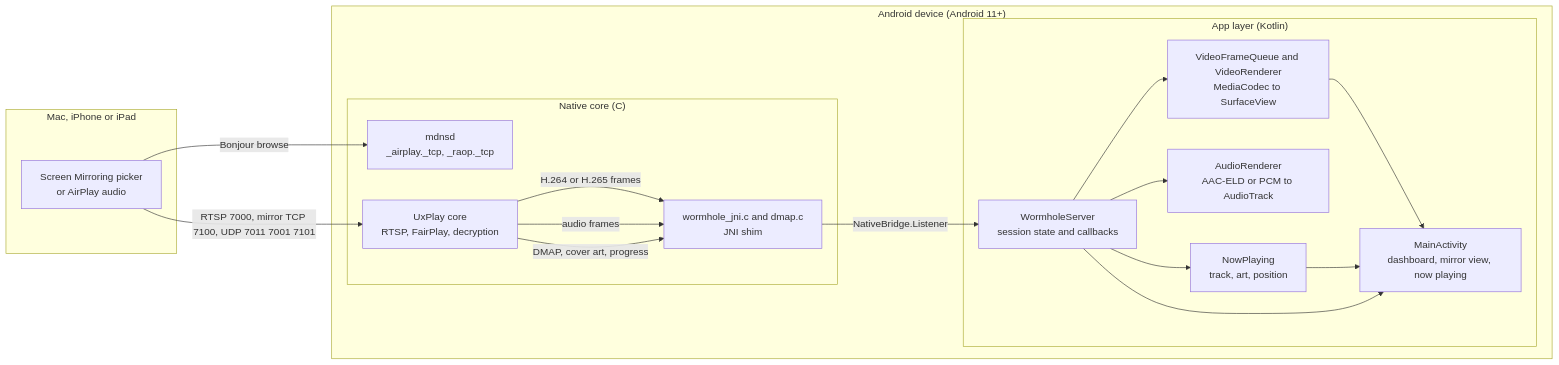
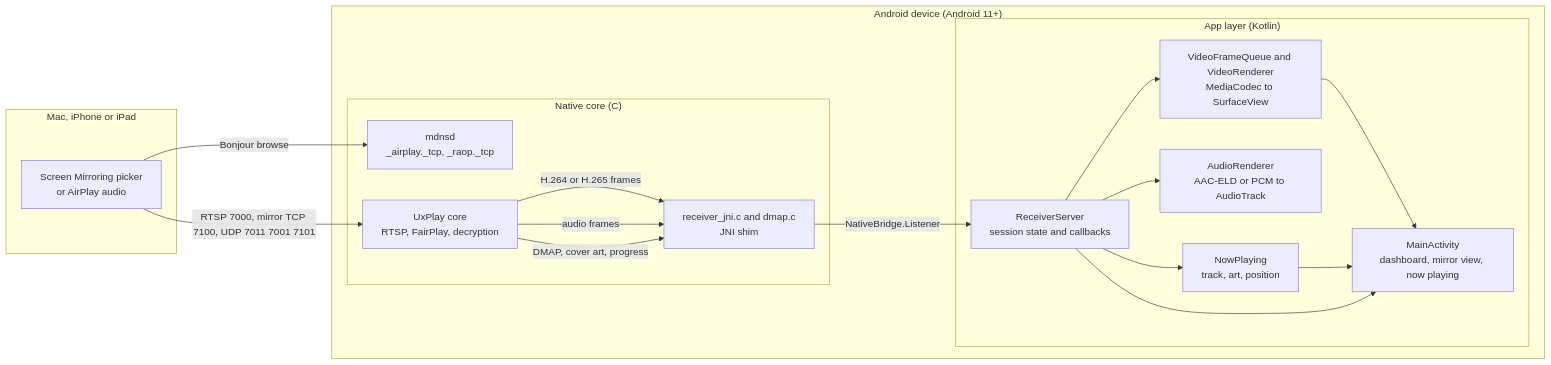
Before and after one commit to swide-git/second-display: the first of 6 diagrams in docs/architecture.md, drawn with Mermaid. The commit also changed other lines of this file and 26 other files, not shown here.

````diff
--- a/docs/architecture.md
+++ b/docs/architecture.md
@@ -48,34 +48,34 @@
 ```mermaid
 flowchart LR
     subgraph Sender["Mac, iPhone or iPad"]
         PICK["Screen Mirroring picker<br/>or AirPlay audio"]
     end
 
     subgraph Portal["Android device (Android 11+)"]
         subgraph Native["Native core (C)"]
             MDNS["mdnsd<br/>_airplay._tcp, _raop._tcp"]
             CORE["UxPlay core<br/>RTSP, FairPlay, decryption"]
-            SHIM["wormhole_jni.c and dmap.c<br/>JNI shim"]
+            SHIM["receiver_jni.c and dmap.c<br/>JNI shim"]
         end
         subgraph Kotlin["App layer (Kotlin)"]
-            SRV["WormholeServer<br/>session state and callbacks"]
+            SRV["ReceiverServer<br/>session state and callbacks"]
             VID["VideoFrameQueue and VideoRenderer<br/>MediaCodec to SurfaceView"]
             AUD["AudioRenderer<br/>AAC-ELD or PCM to AudioTrack"]
             NP["NowPlaying<br/>track, art, position"]
             UI["MainActivity<br/>dashboard, mirror view, now playing"]
         end
     end
 
     PICK -- "Bonjour browse" --> MDNS
     PICK -- "RTSP 7000, mirror TCP 7100, UDP 7011 7001 7101" --> CORE
     CORE -- "H.264 or H.265 frames" --> SHIM
     CORE -- "audio frames" --> SHIM
     CORE -- "DMAP, cover art, progress" --> SHIM
     SHIM -- "NativeBridge.Listener" --> SRV
     SRV --> VID
     SRV --> AUD
     SRV --> NP
     VID --> UI
     NP --> UI
     SRV --> UI
 ```
````
